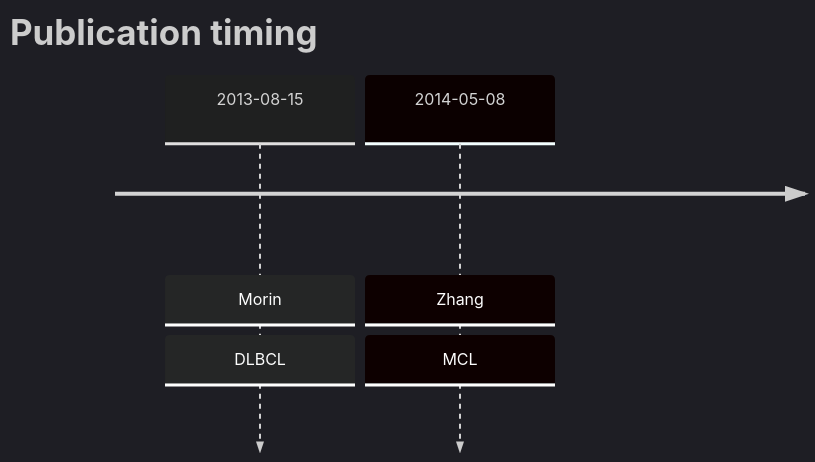
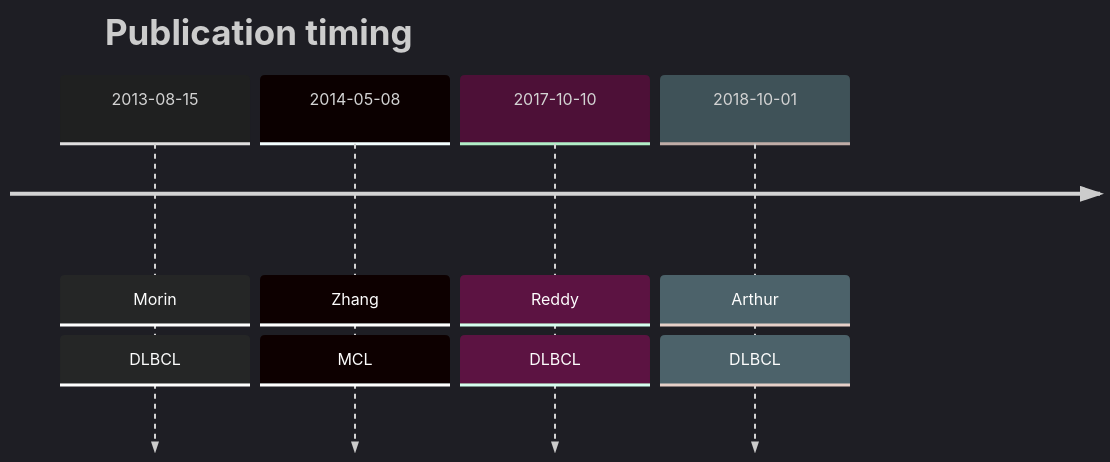
One commit to morinlab/lymphopedia changed the diagram in RB1.md. Above: the diagram before and after it, drawn with Mermaid. The commit also changed other lines of this file, not shown here.

````diff
--- a/RB1.md
+++ b/RB1.md
@@ -10,7 +10,9 @@
 ```mermaid
 %%{init: { 'logLevel': 'debug', 'theme': 'dark' } }%%
 timeline
     title Publication timing
       2013-08-15 : Morin : DLBCL
       2014-05-08 : Zhang : MCL
+2017-10-10 : Reddy : DLBCL
+2018-10-01 : Arthur : DLBCL
 ```
````
